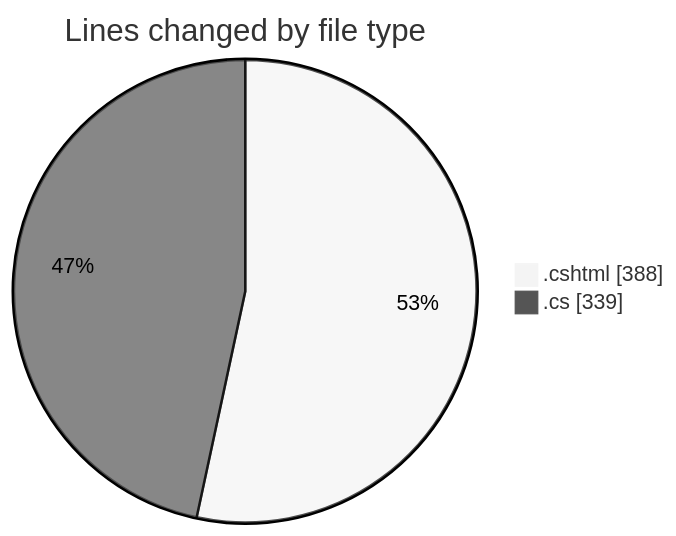
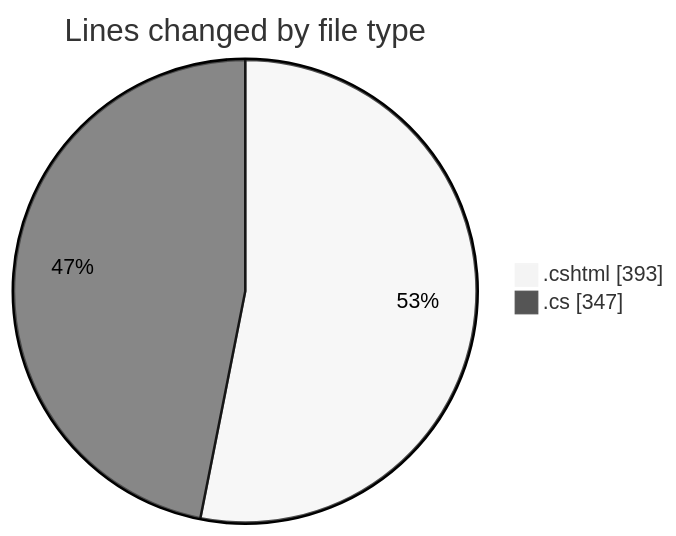
Before and after one commit to lephambinh05/code-tracking: the first of 2 diagrams in 2025-07-17/nhahang/README.md, drawn with Mermaid (neutral theme). The commit also changed other lines of this file and 1 other file, not shown here.

````diff
--- a/2025-07-17/nhahang/README.md
+++ b/2025-07-17/nhahang/README.md
@@ -32,6 +32,6 @@
 ```mermaid
 pie showData
 title Lines changed by file type
-".cshtml" : 388
-".cs" : 339
+".cshtml" : 393
+".cs" : 347
 ```
````
